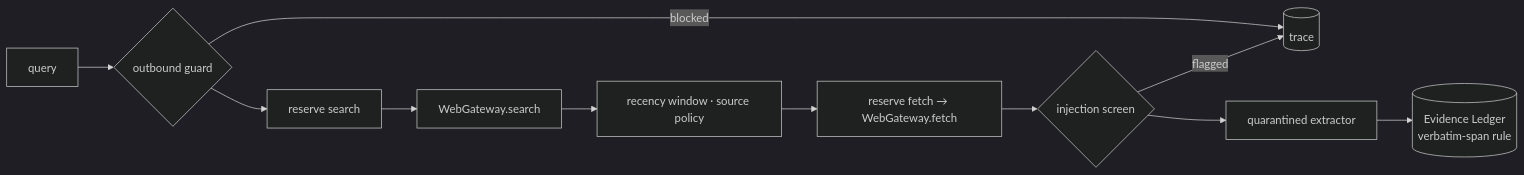
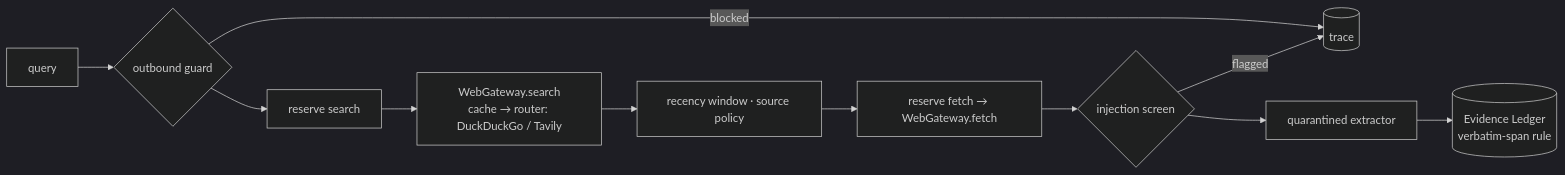
The fourth of 5 diagrams in src/research_agent/design_docs/architecture.md (RoboSathi/agentic-ai-series), drawn with Mermaid (dark theme) before and after one commit. The commit also changed other lines of this file and 68 other files, not shown here.

````diff
--- a/src/research_agent/design_docs/architecture.md
+++ b/src/research_agent/design_docs/architecture.md
@@ -96,12 +100,12 @@
 ```mermaid
 flowchart LR
     q[query] --> ob{outbound guard}
     ob -->|blocked| trace[(trace)]
-    ob --> reserve[reserve search] --> search[WebGateway.search]
+    ob --> reserve[reserve search] --> search[WebGateway.search<br/>cache → router: DuckDuckGo / Tavily]
     search --> policy[recency window · source policy]
     policy --> fetch[reserve fetch → WebGateway.fetch]
     fetch --> screen{injection screen}
     screen -->|flagged| trace
     screen --> read[quarantined extractor]
     read --> ledger[(Evidence Ledger<br/>verbatim-span rule)]
 ```
````
